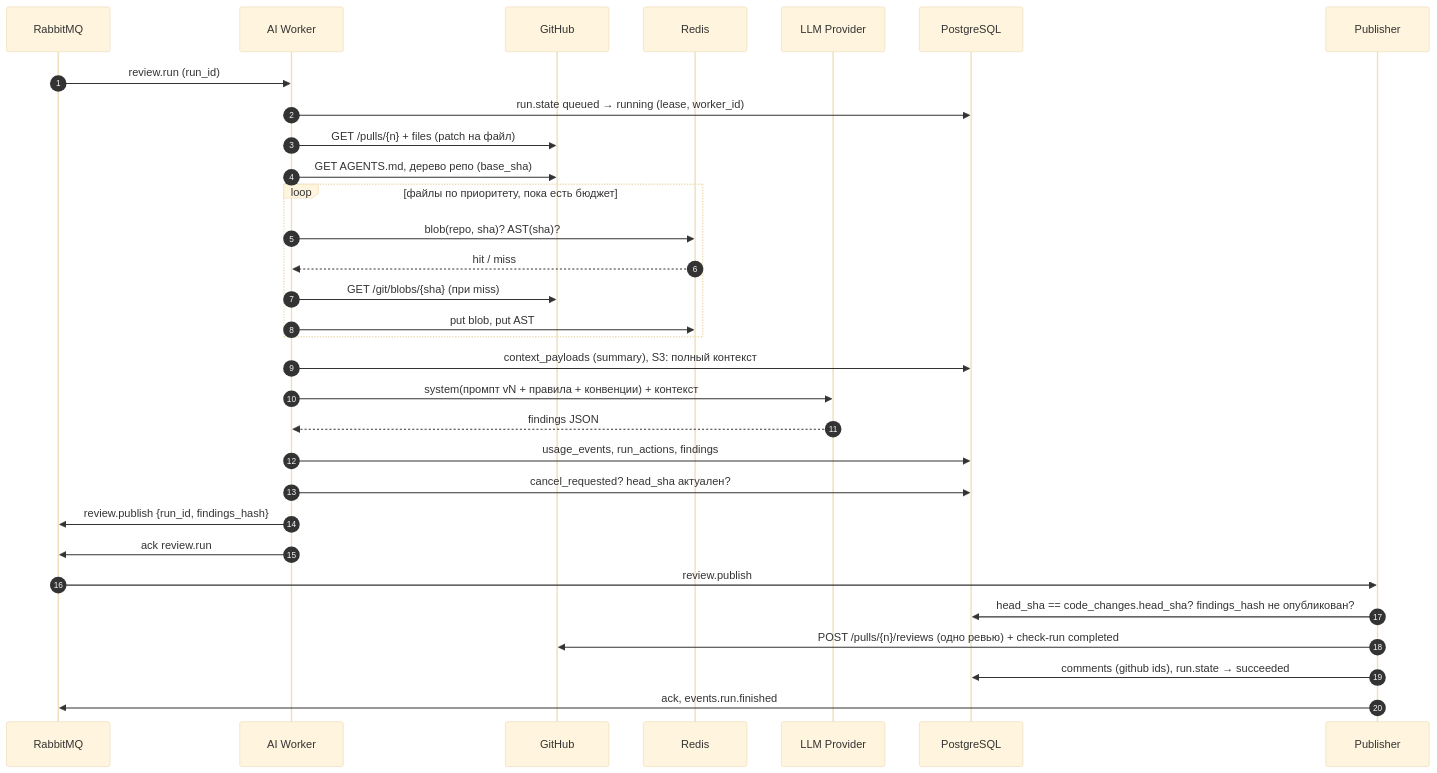
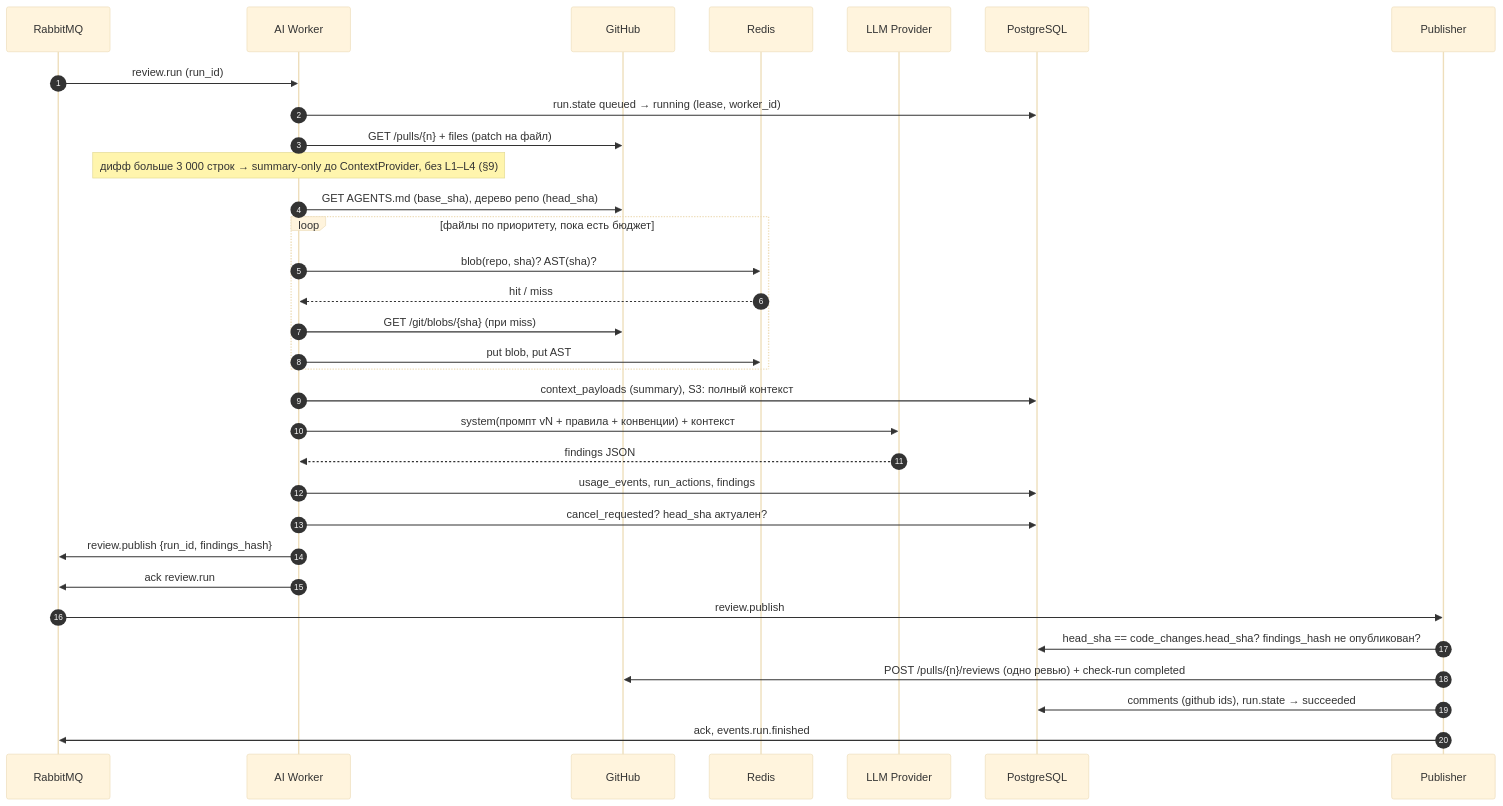
Before and after one commit to larchanka-training/dmc-268-api-t6: the fifth of 8 diagrams in docs/SYSTEM_DESIGN.md, drawn with Mermaid (base theme). The commit also changed other lines of this file, not shown here.

````diff
--- a/docs/SYSTEM_DESIGN.md
+++ b/docs/SYSTEM_DESIGN.md
@@ -218,34 +219,35 @@
 ```mermaid
 sequenceDiagram
   autonumber
   participant MQ as RabbitMQ
   participant W as AI Worker
   participant GH as GitHub
   participant R as Redis
   participant LLM as LLM Provider
   participant PG as PostgreSQL
   participant P as Publisher
 
   MQ->>W: review.run (run_id)
   W->>PG: run.state queued → running (lease, worker_id)
   W->>GH: GET /pulls/{n} + files (patch на файл)
-  W->>GH: GET AGENTS.md, дерево репо (base_sha)
+  Note over W: дифф больше 3 000 строк → summary-only до ContextProvider, без L1–L4 (§9)
+  W->>GH: GET AGENTS.md (base_sha), дерево репо (head_sha)
   loop файлы по приоритету, пока есть бюджет
     W->>R: blob(repo, sha)? AST(sha)?
     R-->>W: hit / miss
     W->>GH: GET /git/blobs/{sha} (при miss)
     W->>R: put blob, put AST
   end
   W->>PG: context_payloads (summary), S3: полный контекст
   W->>LLM: system(промпт vN + правила + конвенции) + контекст
   LLM-->>W: findings JSON
   W->>PG: usage_events, run_actions, findings
   W->>PG: cancel_requested? head_sha актуален?
   W->>MQ: review.publish {run_id, findings_hash}
   W->>MQ: ack review.run
   MQ->>P: review.publish
   P->>PG: head_sha == code_changes.head_sha? findings_hash не опубликован?
   P->>GH: POST /pulls/{n}/reviews (одно ревью) + check-run completed
   P->>PG: comments (github ids), run.state → succeeded
   P->>MQ: ack, events.run.finished
 ```
````
